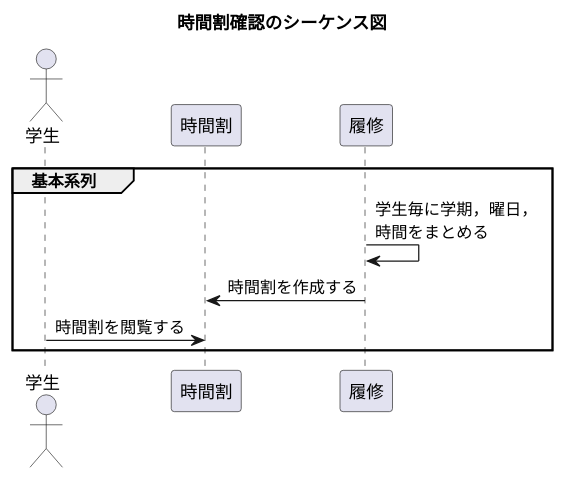
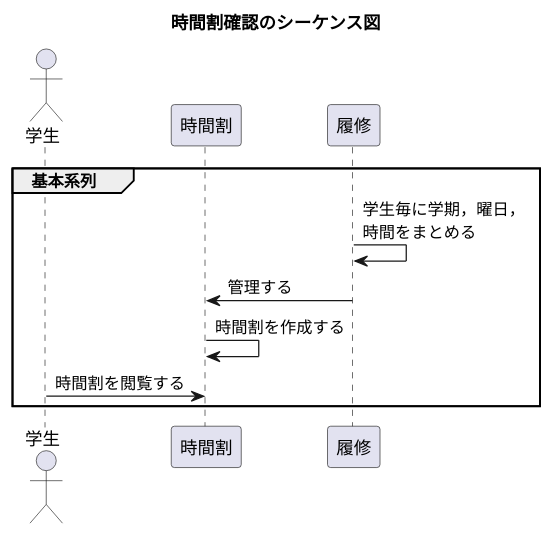
One commit to tanusai646/software-desine changed the diagram in uml/15/sequence3.puml. Above: the diagram before and after it, drawn with PlantUML. The commit also changed 11 other files, not shown here.

Commit message:
アクティビティ図

```diff
--- a/uml/15/sequence3.puml
+++ b/uml/15/sequence3.puml
@@ -2,15 +2,16 @@
 @startuml 時間割閲覧のシーケンス図
 title 時間割確認のシーケンス図
 'クラス等
 actor 学生 as foo1
 participant 時間割 as foo3
 participant 履修 as foo2
 
 
 group 基本系列
     foo2 -> foo2 : 学生毎に学期，曜日，\n時間をまとめる
-    foo2 -> foo3 : 時間割を作成する
+    foo2 -> foo3 : 管理する
+    foo3 -> foo3 : 時間割を作成する
     foo1 -> foo3 : 時間割を閲覧する
 end
 
 @enduml
```
